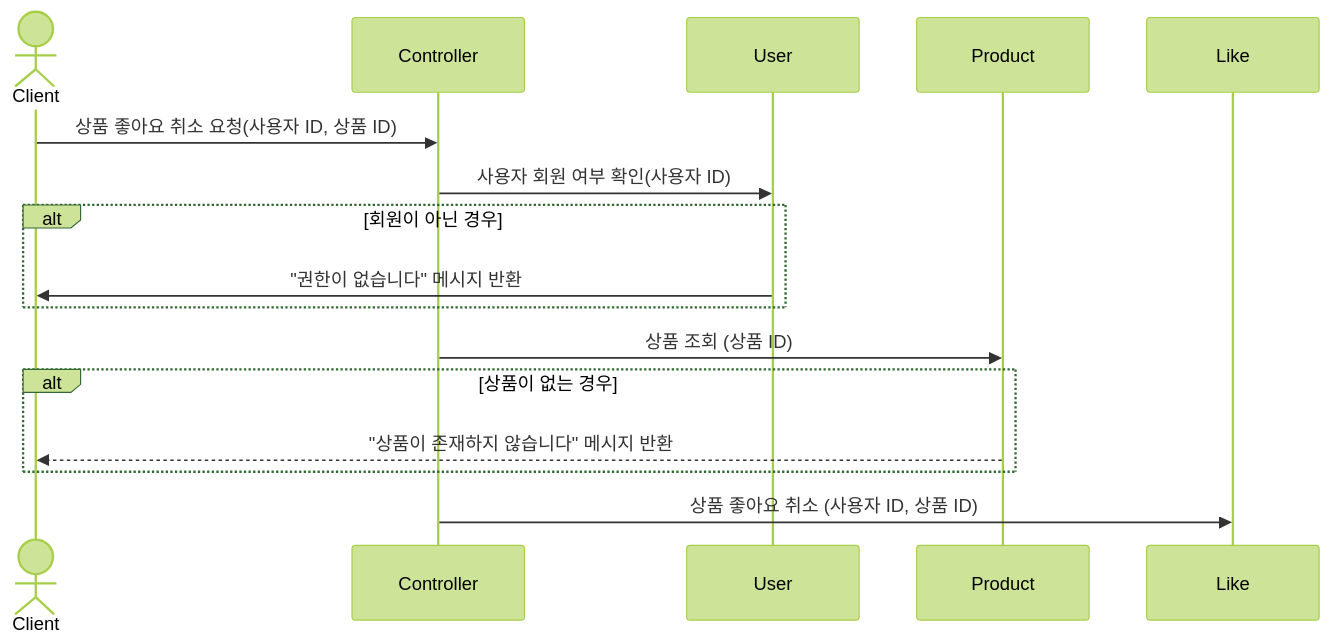
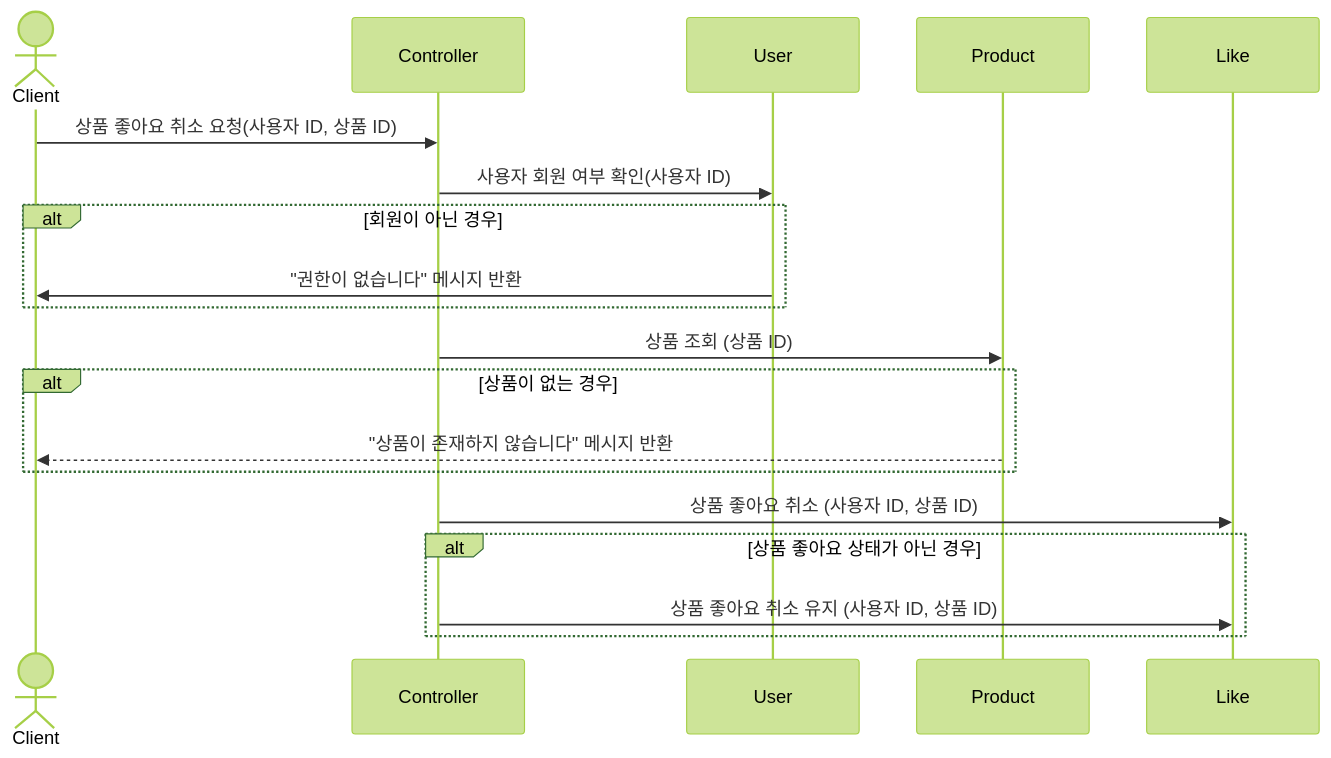
One commit to kinowk/e-commerce changed the fifth of 9 diagrams in docs/design/02-sequence-diagrams.md. Above: the diagram before and after it, drawn with Mermaid (forest theme). The commit also changed other lines of this file, not shown here.

Commit message:
docs: 시퀀스 다이어그램 좋아요 멱등성 추가

````diff
--- a/docs/design/02-sequence-diagrams.md
+++ b/docs/design/02-sequence-diagrams.md
@@ -88,19 +91,22 @@
 ```mermaid
 sequenceDiagram
     actor Client
     participant Controller
     participant User
     participant Product
     participant Like
     
     Client ->> Controller: 상품 좋아요 취소 요청(사용자 ID, 상품 ID)
     Controller ->> User: 사용자 회원 여부 확인(사용자 ID)
     alt 회원이 아닌 경우
     User ->> Client: "권한이 없습니다" 메시지 반환
     end
     Controller ->> Product: 상품 조회 (상품 ID)
     alt 상품이 없는 경우
     Product -->> Client: "상품이 존재하지 않습니다" 메시지 반환
     end
     Controller ->> Like: 상품 좋아요 취소 (사용자 ID, 상품 ID)
+    alt 상품 좋아요 상태가 아닌 경우
+    Controller ->> Like: 상품 좋아요 취소 유지 (사용자 ID, 상품 ID)
+    end
 ```
````
